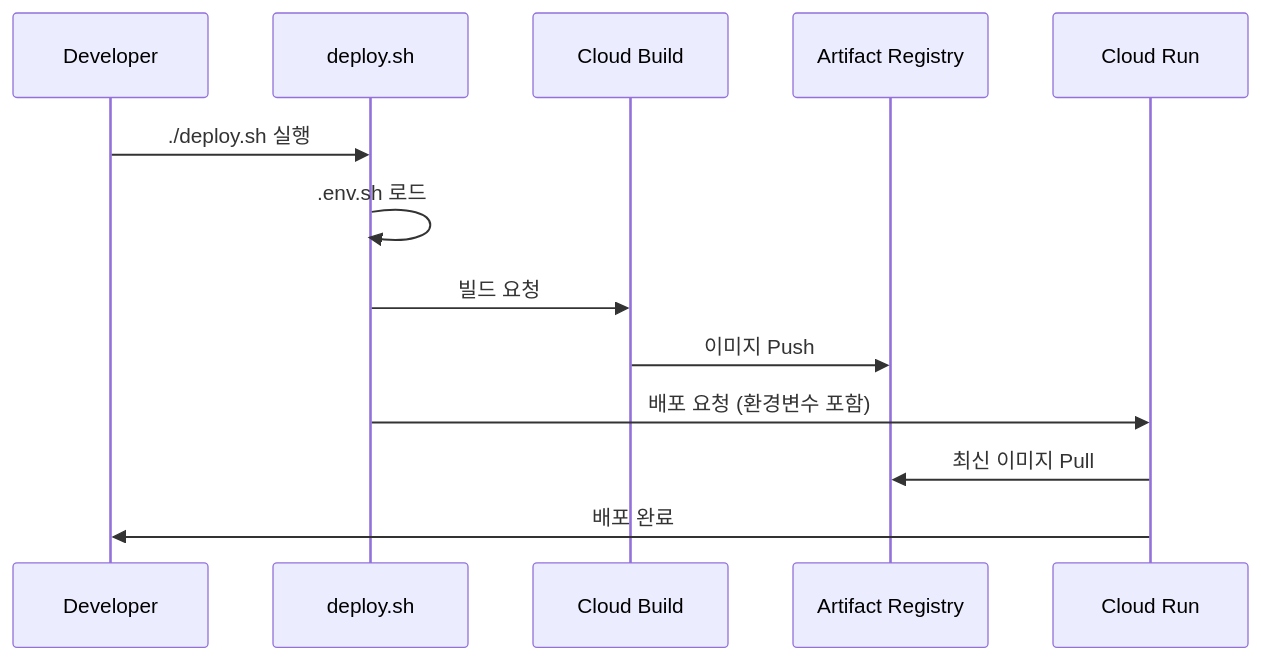
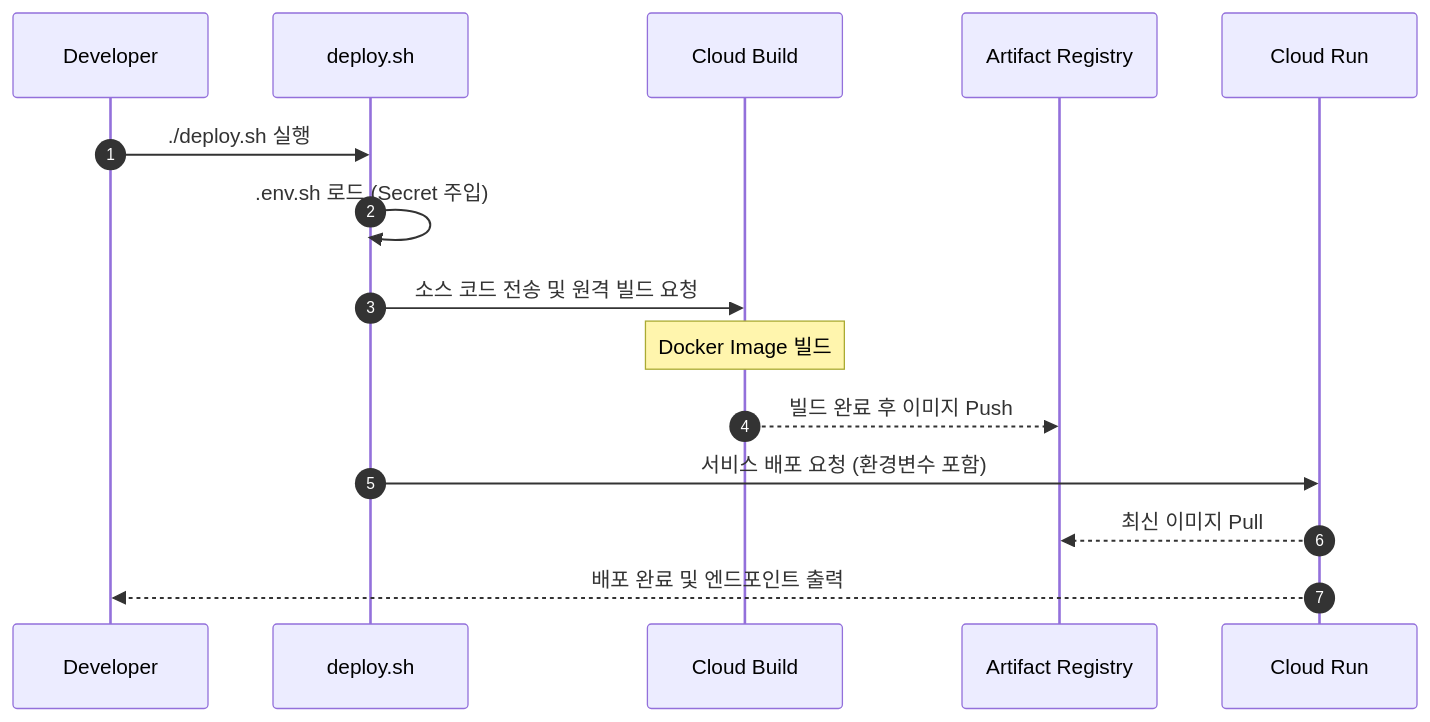
One commit to GDGOC-Kangnam-University/every-club-be changed the second of 2 diagrams in deploy.md. Above: the diagram before and after it, drawn with Mermaid.

Commit message:
docs(deploy.md): update deployment sequence diagram
Add autonumbering and refine the sequence steps to accurately reflect
the build and deployment process, including secret injection and
remote build steps.

````diff
--- a/deploy.md
+++ b/deploy.md
@@ -67,16 +67,18 @@
 ```mermaid
 sequenceDiagram
+    autonumber
     participant Dev as Developer
     participant Script as deploy.sh
     participant CB as Cloud Build
     participant AR as Artifact Registry
     participant CR as Cloud Run
- 
+
     Dev->>Script: ./deploy.sh 실행
-    Script->>Script: .env.sh 로드
-    Script->>CB: 빌드 요청
-    CB->>AR: 이미지 Push
-    Script->>CR: 배포 요청 (환경변수 포함)
-    CR->>AR: 최신 이미지 Pull
-    CR->>Dev: 배포 완료
+    Script->>Script: .env.sh 로드 (Secret 주입)
+    Script->>CB: 소스 코드 전송 및 원격 빌드 요청
+    Note over CB: Docker Image 빌드
+    CB-->>AR: 빌드 완료 후 이미지 Push
+    Script->>CR: 서비스 배포 요청 (환경변수 포함)
+    CR-->>AR: 최신 이미지 Pull
+    CR-->>Dev: 배포 완료 및 엔드포인트 출력
 ```
````
